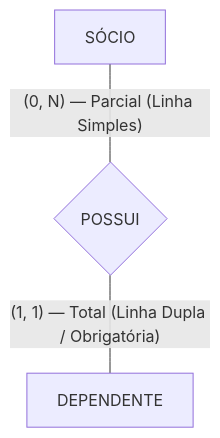
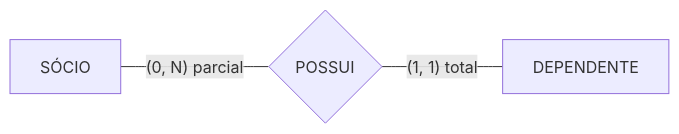
Before and after one commit to leorruas/puc: the eighth of 13 diagrams in 02. Modelagem de Dados/06. Modelagem de relacionamentos, cardinalidade e restrições de participação.md, drawn with Mermaid. The commit also changed other lines of this file, not shown here.

````diff
--- a/02. Modelagem de Dados/06. Modelagem de relacionamentos, cardinalidade e restrições de participação.md
+++ b/02. Modelagem de Dados/06. Modelagem de relacionamentos, cardinalidade e restrições de participação.md
@@ -146,5 +142,5 @@
 ```mermaid
-flowchart TD
-    SocioClube["SÓCIO"] ---|"(0, N) — Parcial (Linha Simples)"| RelVinc{"POSSUI"}
-    RelVinc ---|"(1, 1) — Total (Linha Dupla / Obrigatória)"| DepClube["DEPENDENTE"]
+flowchart LR
+    Socio["SÓCIO"]:::data ---|"(0, N) parcial"| Vinculo{"POSSUI"}:::core
+    Vinculo ---|"(1, 1) total"| Dependente["DEPENDENTE"]:::data
 ```
````
